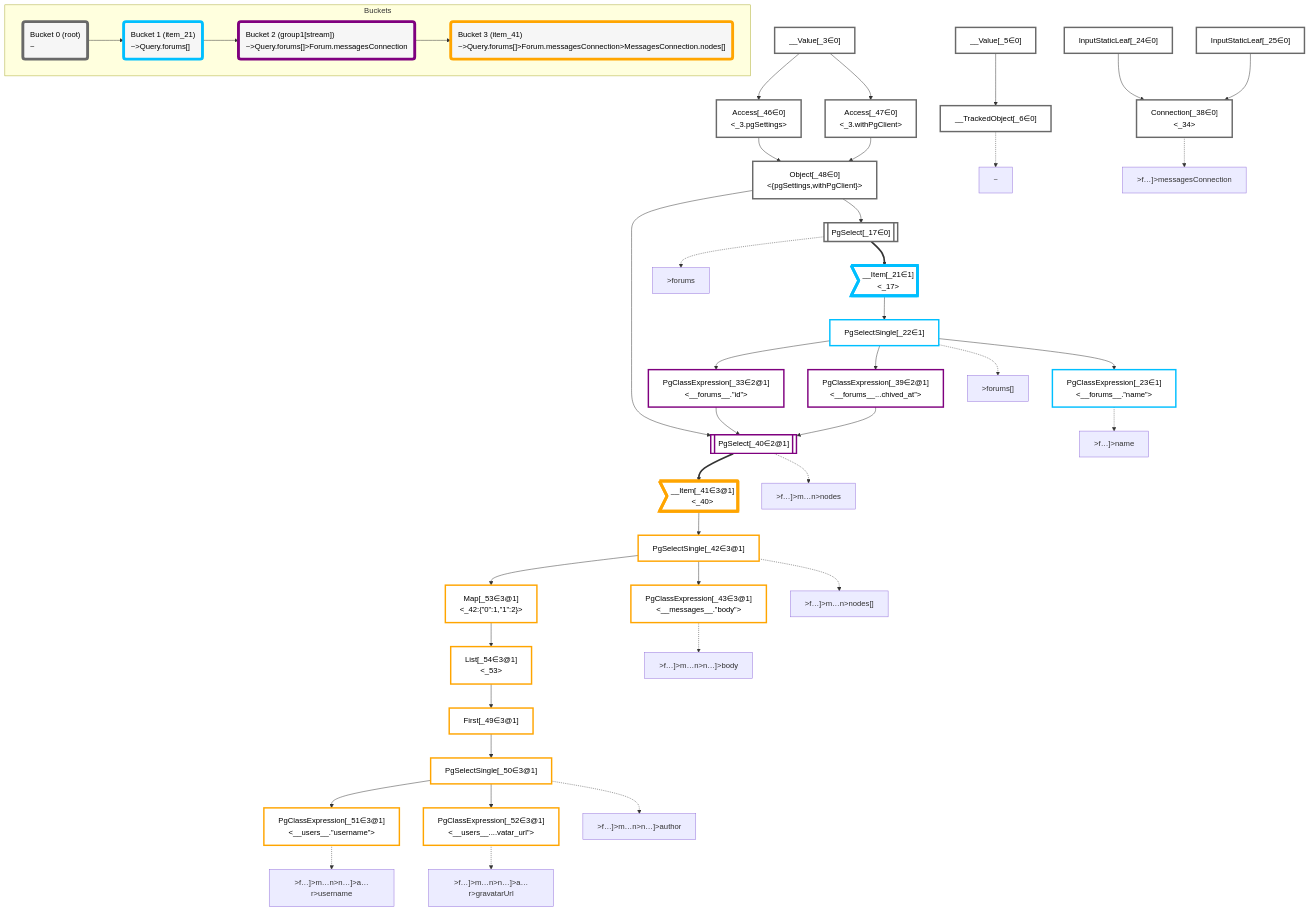
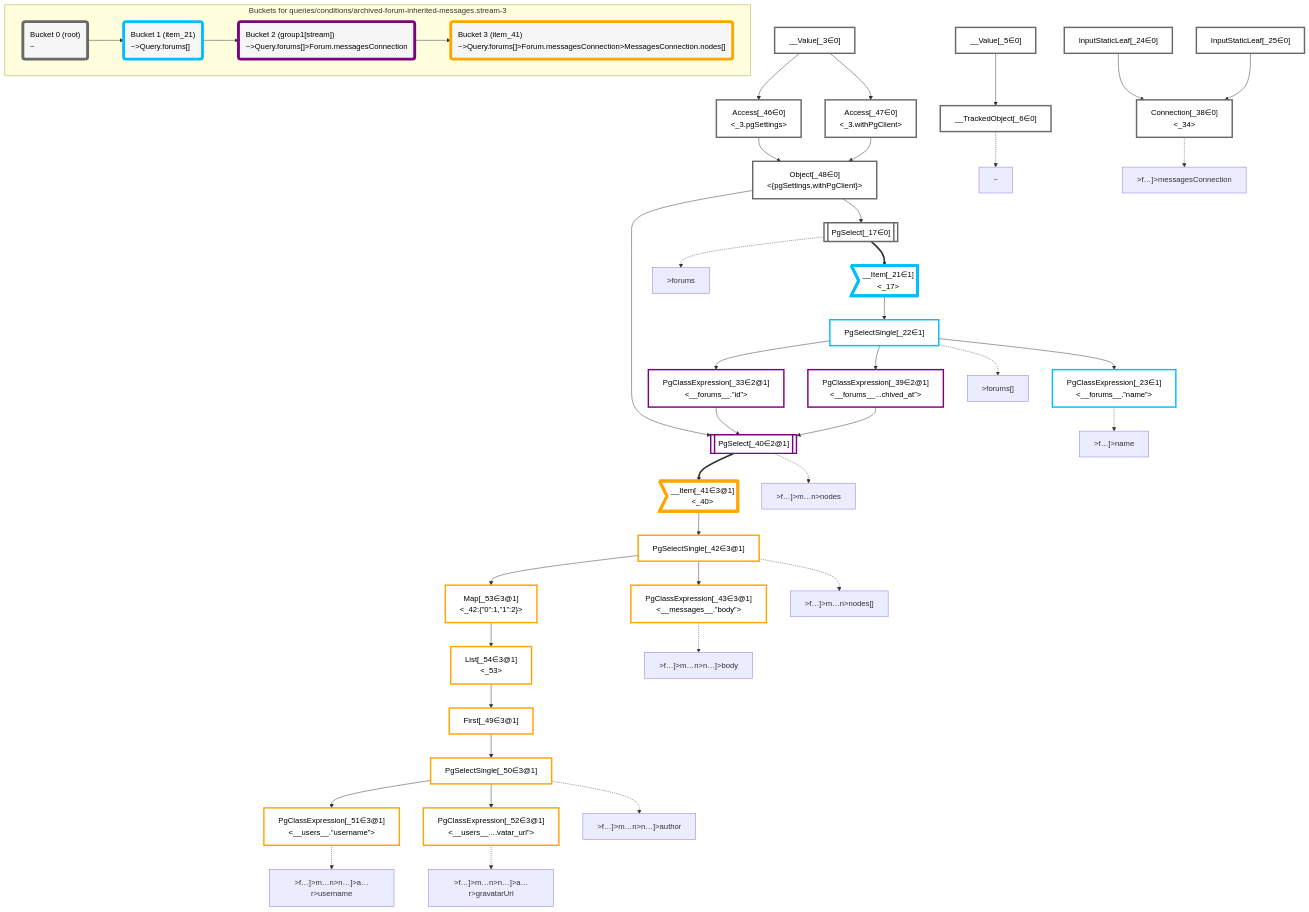
Before and after one commit to graphile/crystal: the diagram in packages/dataplan-pg/__tests__/queries/conditions/archived-forum-inherited-messages.stream-3.mermaid.md, drawn with Mermaid. The commit also changed 195 other files, not shown here.

```diff
--- a/packages/dataplan-pg/__tests__/queries/conditions/archived-forum-inherited-messages.stream-3.mermaid.md
+++ b/packages/dataplan-pg/__tests__/queries/conditions/archived-forum-inherited-messages.stream-3.mermaid.md
@@ -95,7 +95,7 @@
     classDef bucket3 stroke:#ffa500
     class __Item_41,PgSelectSingle_42,PgClassExpression_43,First_49,PgSelectSingle_50,PgClassExpression_51,PgClassExpression_52,Map_53,List_54 bucket3
 
-    subgraph Buckets
+    subgraph "Buckets for queries/conditions/archived-forum-inherited-messages.stream-3"
     Bucket0("Bucket 0 (root)<br />~"):::bucket
     style Bucket0 stroke:#696969
     Bucket1("Bucket 1 (item_21)<br />~>Query.forums[]"):::bucket
```
